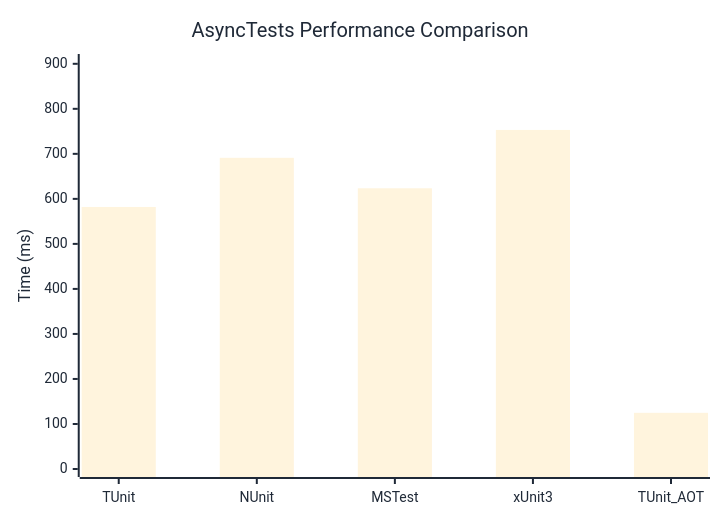
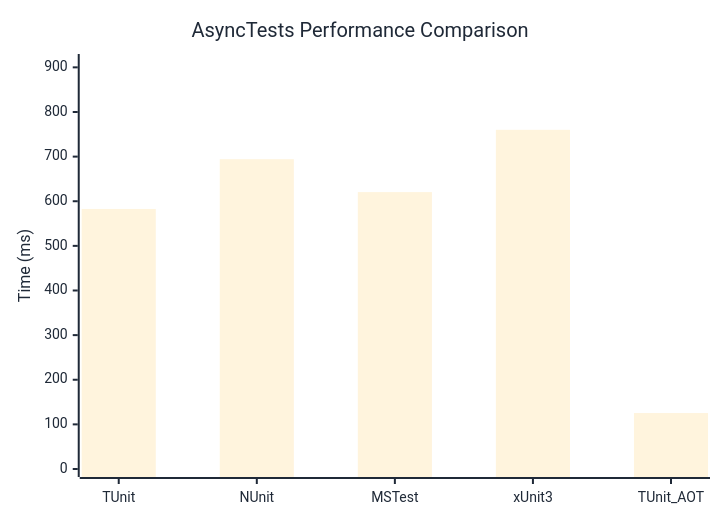
The diagram in docs/docs/benchmarks/AsyncTests.md (thomhurst/TUnit), drawn with Mermaid before and after one commit. The commit also changed other lines of this file and 17 other files, not shown here.

````diff
--- a/docs/docs/benchmarks/AsyncTests.md
+++ b/docs/docs/benchmarks/AsyncTests.md
@@ -27,37 +27,37 @@
 ```mermaid
 %%{init: {
   'theme':'base',
   'themeVariables': {
     'primaryColor': '#2563eb',
     'primaryTextColor': '#1f2937',
     'primaryBorderColor': '#1e40af',
     'lineColor': '#6b7280',
     'secondaryColor': '#7c3aed',
     'tertiaryColor': '#dc2626',
     'background': '#ffffff',
     'mainBkg': '#2563eb',
     'secondBkg': '#7c3aed',
     'tertiaryBkg': '#dc2626',
     'clusterBkg': '#f3f4f6',
     'edgeLabelBackground': '#ffffff',
     'tertiaryTextColor': '#1f2937',
     'pie1': '#2563eb',
     'pie2': '#7c3aed',
     'pie3': '#dc2626',
     'pie4': '#f59e0b',
     'pie5': '#10b981',
     'pie6': '#06b6d4',
     'pie7': '#ec4899',
     'pie8': '#6366f1',
     'pie9': '#84cc16',
     'pie10': '#f97316',
     'pie11': '#14b8a6',
     'pie12': '#a855f7'
   }
 }}%%
 xychart-beta
   title "AsyncTests Performance Comparison"
   x-axis ["TUnit", "NUnit", "MSTest", "xUnit3", "TUnit_AOT"]
-  y-axis "Time (ms)" 0 --> 904
-  bar [582, 691.2, 623.5, 753.1, 124.8]
+  y-axis "Time (ms)" 0 --> 912
+  bar [582.7, 694.2, 620.5, 760, 125.4]
 ```
````
